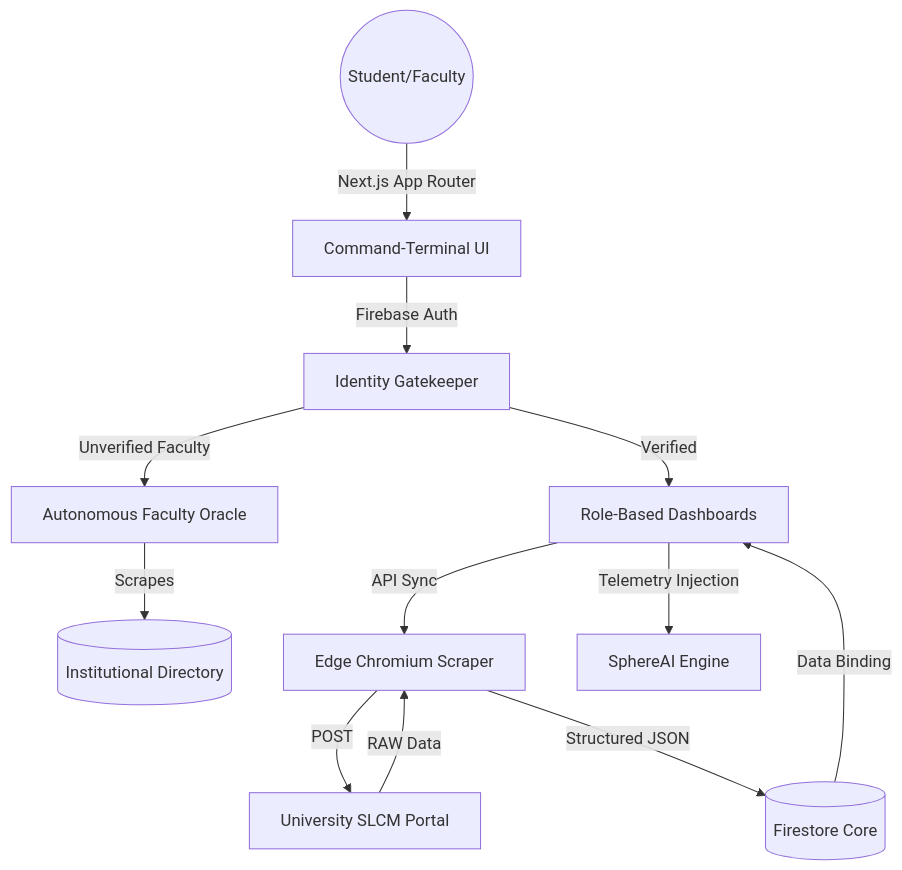
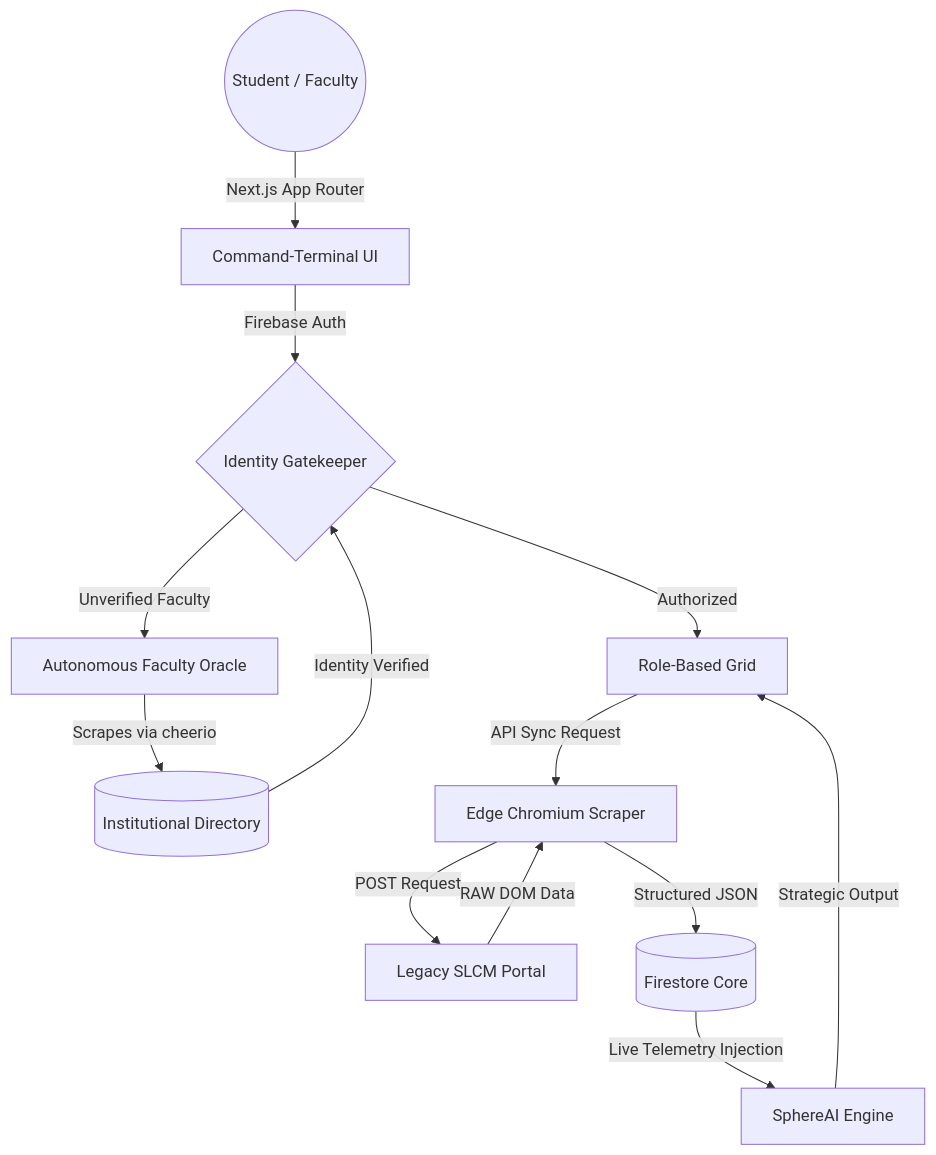
Before and after one commit to shreybansal365/studentsphere: the diagram in README.md, drawn with Mermaid. The commit also changed other lines of this file, not shown here.

````diff
--- a/README.md
+++ b/README.md
@@ -66,14 +71,22 @@
 ```mermaid
 graph TD
-    User((Student/Faculty)) -->|Next.js App Router| Terminal[Command-Terminal UI]
-    Terminal -->|Firebase Auth| Gatekeeper[Identity Gatekeeper]
+    %% Core Users
+    User((Student / Faculty)) -->|Next.js App Router| Terminal[Command-Terminal UI]
+
+    %% Identity & Gateway
+    Terminal -->|Firebase Auth| Gatekeeper{Identity Gatekeeper}
     Gatekeeper -->|Unverified Faculty| Oracle[Autonomous Faculty Oracle]
-    Oracle -->|Scrapes| Directory[(Institutional Directory)]
-    Gatekeeper -->|Verified| Dashboard[Role-Based Dashboards]
-    Dashboard -->|API Sync| Scraper[Edge Chromium Scraper]
-    Scraper -->|POST| SLCM[University SLCM Portal]
-    SLCM -->|RAW Data| Scraper
+    Oracle -->|Scrapes via cheerio| Directory[(Institutional Directory)]
+    Directory -->|Identity Verified| Gatekeeper
+
+    %% Dashboards & Data Engine
+    Gatekeeper -->|Authorized| Dashboard[Role-Based Grid]
+    Dashboard -->|API Sync Request| Scraper[Edge Chromium Scraper]
+    Scraper -->|POST Request| SLCM[Legacy SLCM Portal]
+    SLCM -->|RAW DOM Data| Scraper
     Scraper -->|Structured JSON| Firestore[(Firestore Core)]
-    Firestore -->|Data Binding| Dashboard
-    Dashboard -->|Telemetry Injection| AI[SphereAI Engine]
+    
+    %% AI Overlay
+    Firestore -->|Live Telemetry Injection| AI[SphereAI Engine]
+    AI -->|Strategic Output| Dashboard
 ```
````
